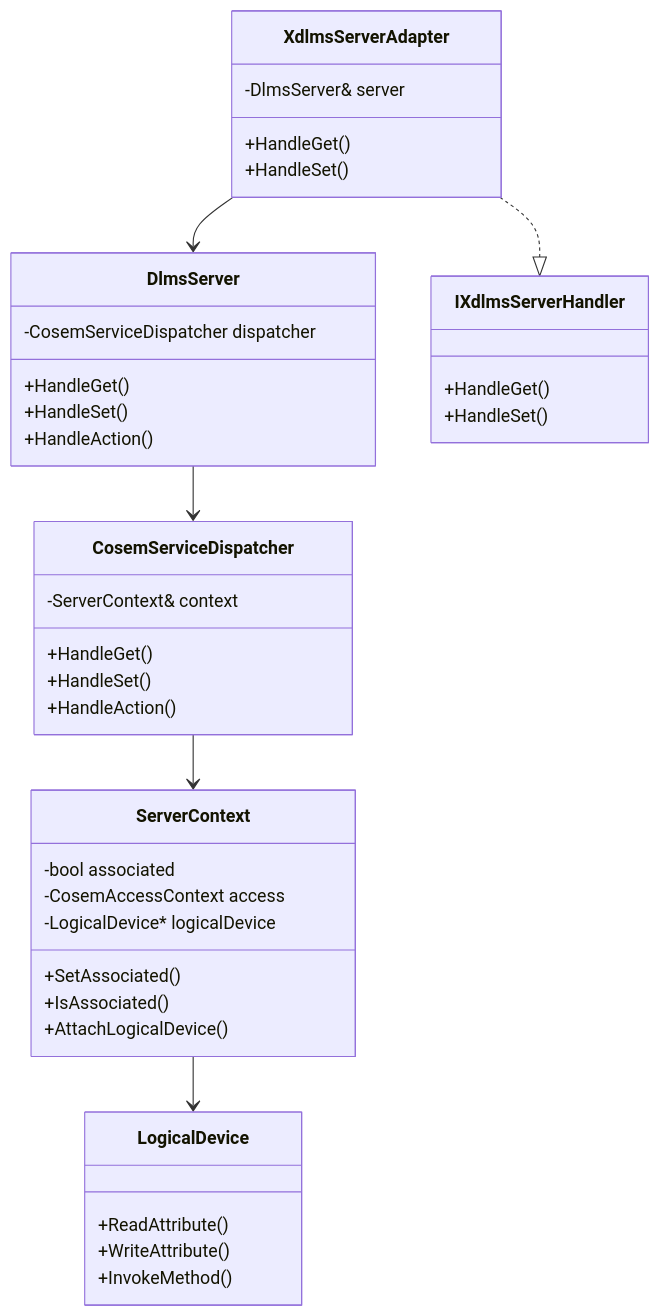
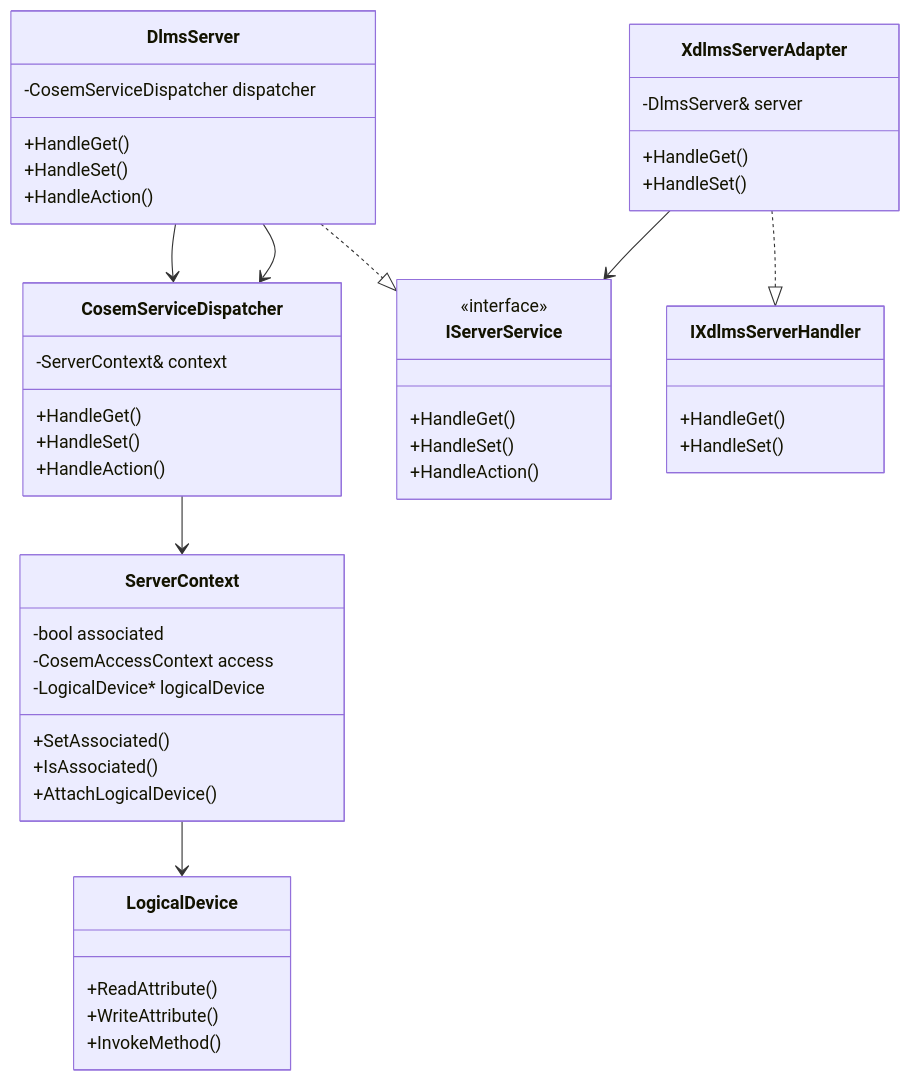
The diagram in docs/01_server_api.md (gvtret/dlms-server), drawn with Mermaid before and after one commit. The commit also changed other lines of this file and 8 other files, not shown here.

First line of the commit message:
feat(server): add abstract server service port

````diff
--- a/docs/01_server_api.md
+++ b/docs/01_server_api.md
@@ -168,48 +188,57 @@
 ```mermaid
 classDiagram
   class ServerContext {
     -bool associated
     -CosemAccessContext access
     -LogicalDevice* logicalDevice
     +SetAssociated()
     +IsAssociated()
     +AttachLogicalDevice()
   }
 
   class CosemServiceDispatcher {
     -ServerContext& context
+    +HandleGet()
+    +HandleSet()
+    +HandleAction()
+  }
+
+  class IServerService {
+    <<interface>>
     +HandleGet()
     +HandleSet()
     +HandleAction()
   }
 
   class DlmsServer {
     -CosemServiceDispatcher dispatcher
     +HandleGet()
     +HandleSet()
     +HandleAction()
   }
 
   class LogicalDevice {
     +ReadAttribute()
     +WriteAttribute()
     +InvokeMethod()
   }
 
   class XdlmsServerAdapter {
     -DlmsServer& server
     +HandleGet()
     +HandleSet()
   }
 
   class IXdlmsServerHandler {
     +HandleGet()
     +HandleSet()
   }
 
   DlmsServer --> CosemServiceDispatcher
   XdlmsServerAdapter ..|> IXdlmsServerHandler
-  XdlmsServerAdapter --> DlmsServer
+  XdlmsServerAdapter --> IServerService
+  DlmsServer ..|> IServerService
+  DlmsServer --> CosemServiceDispatcher
   CosemServiceDispatcher --> ServerContext
   ServerContext --> LogicalDevice
 ```
````
